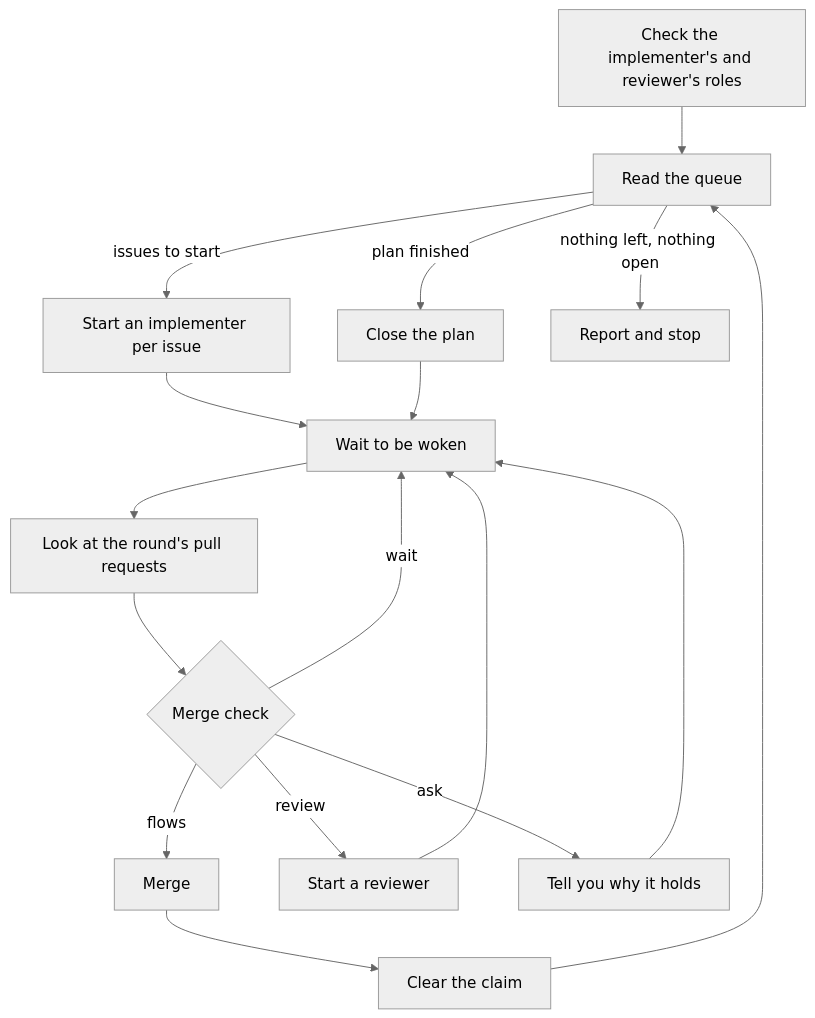
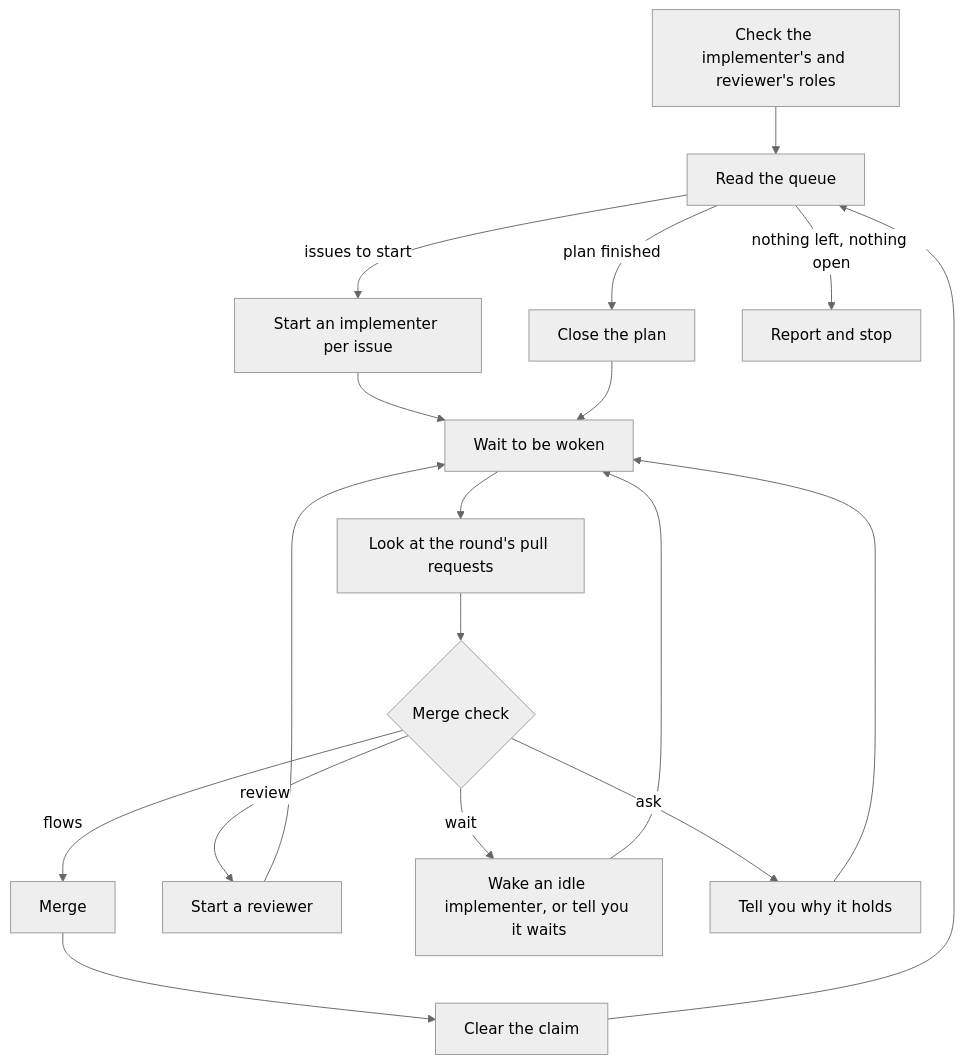
The third of 3 diagrams in plugins/flywheel/README.md (ScottHysom/claude-plugins), drawn with Mermaid (neutral theme) before and after one commit. The commit also changed other lines of this file and 3 other files, not shown here.

First line of the commit message:
fix(flywheel): wake an idle implementer when its pull request waits (#712)

````diff
--- a/plugins/flywheel/README.md
+++ b/plugins/flywheel/README.md
@@ -403,19 +403,20 @@
 ```mermaid
 flowchart TD
   A[Check the implementer's and reviewer's roles] --> Q[Read the queue]
   Q -- issues to start --> S[Start an implementer per issue]
   Q -- plan finished --> C[Close the plan]
   Q -- nothing left, nothing open --> X[Report and stop]
   S --> W[Wait to be woken]
   C --> W
   W --> E[Look at the round's pull requests]
   E --> M{Merge check}
   M -- flows --> G[Merge]
   M -- review --> R[Start a reviewer]
-  M -- wait --> W
+  M -- wait --> I[Wake an idle implementer, or tell you it waits]
+  I --> W
   M -- ask --> O[Tell you why it holds]
   R --> W
   O --> W
   G --> L[Clear the claim]
   L --> Q
 ```
````
